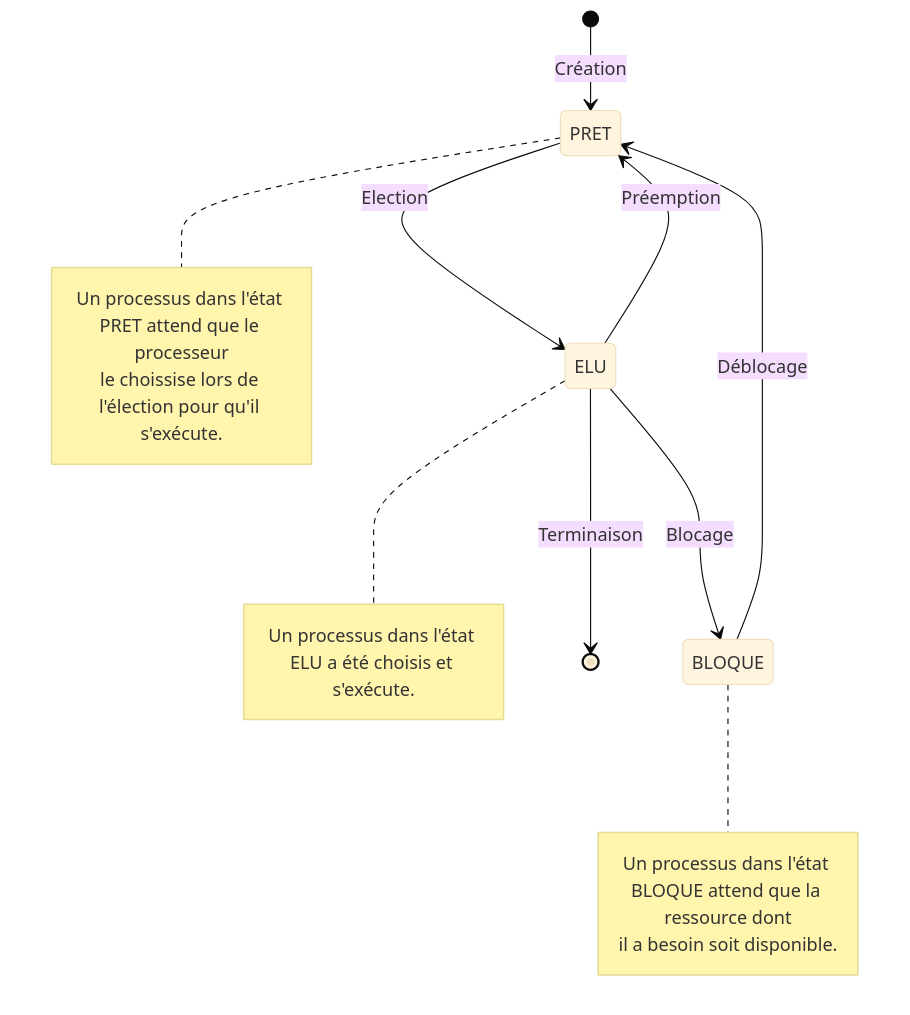
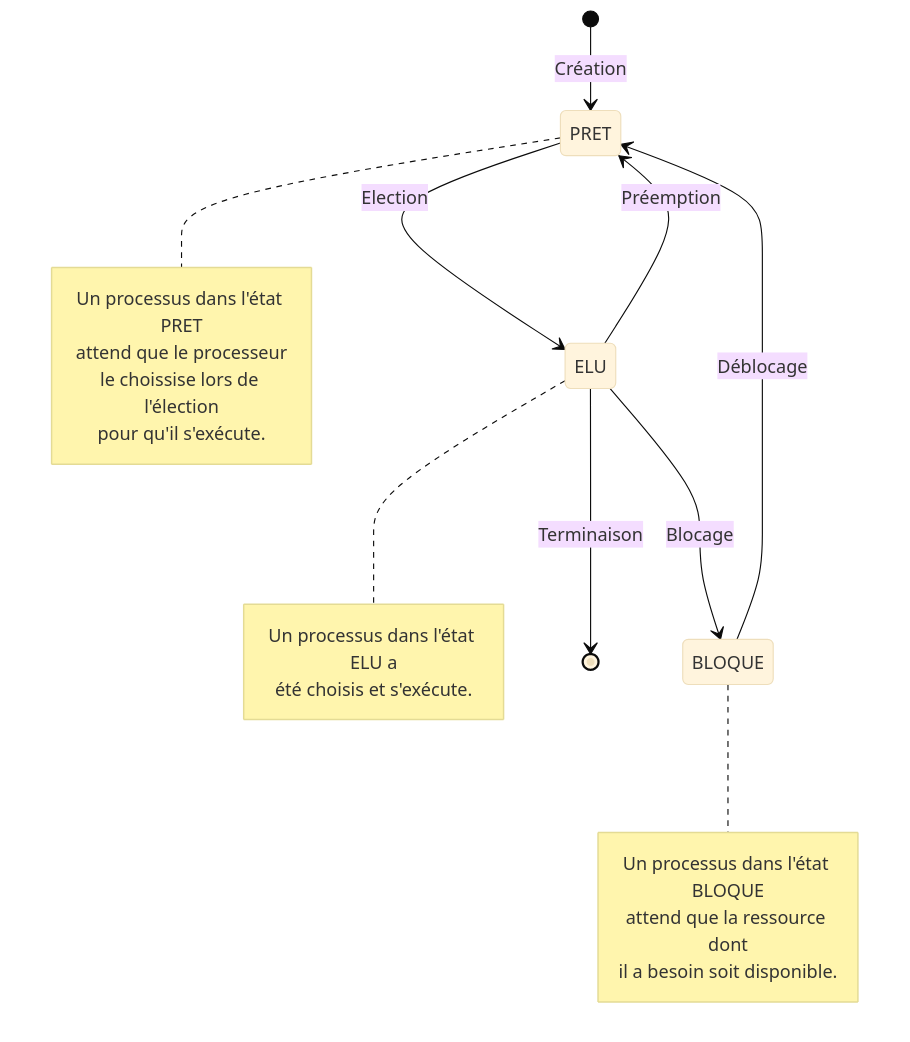
Before and after one commit to boddaert/nsi: the diagram in terminale/Architecture des machines/Gestion_des_processus_et_des_ressources.md, drawn with Mermaid (base theme).

````diff
--- a/terminale/Architecture des machines/Gestion_des_processus_et_des_ressources.md
+++ b/terminale/Architecture des machines/Gestion_des_processus_et_des_ressources.md
@@ -33,24 +33,28 @@
 ```mermaid
 stateDiagram-v2
     direction TB
     A : PRET
     note right of A
-        Un processus dans l'état PRET attend que le processeur
-        le choissise lors de l'élection pour qu'il s'exécute.
+        Un processus dans l'état PRET
+        attend que le processeur
+        le choissise lors de l'élection
+        pour qu'il s'exécute.
     end note
     B : ELU
     note right of B
-        Un processus dans l'état ELU a été choisis et s'exécute.
+        Un processus dans l'état ELU a
+        été choisis et s'exécute.
     end note
     C : BLOQUE
     note right of C
-        Un processus dans l'état BLOQUE attend que la ressource dont
+        Un processus dans l'état BLOQUE
+        attend que la ressource dont
         il a besoin soit disponible.
     end note
     [*] --> A : Création
     A --> B : Election
     B --> A : Préemption
     B --> C : Blocage
     B --> [*] : Terminaison
     C --> A : Déblocage
 ```
````
